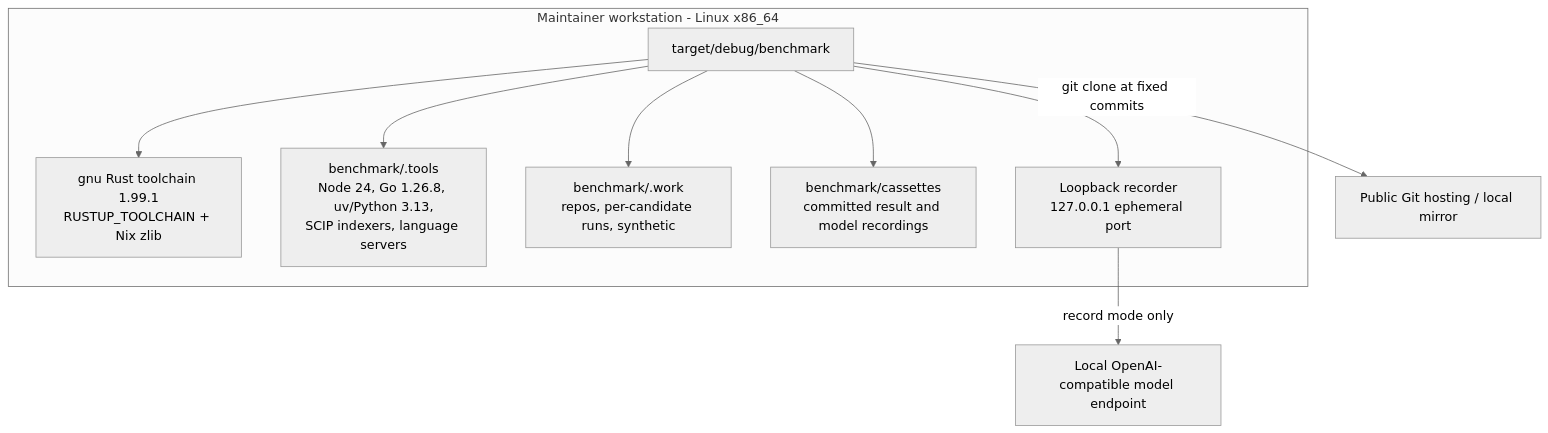
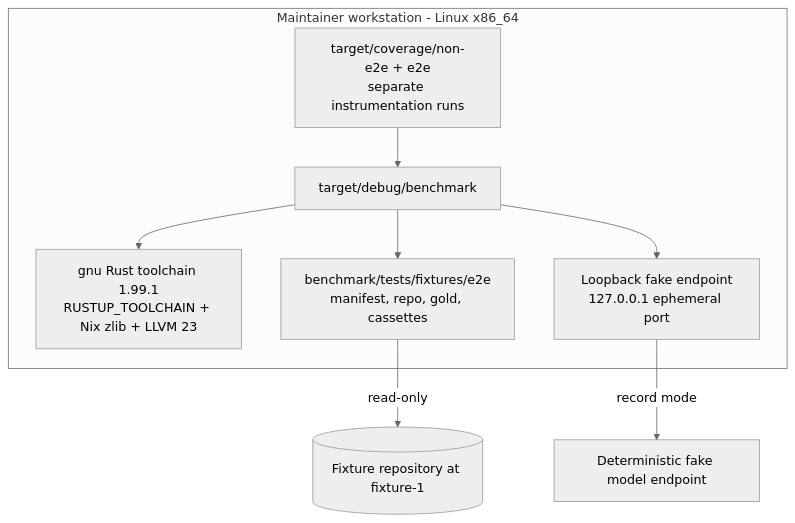
Before and after one commit to kressnerd/ortsinn: the diagram in docs/arc42/07-deployment-view.md, drawn with Mermaid (neutral theme). The commit also changed other lines of this file and 29 other files, not shown here.

First line of the commit message:
docs(benchmark): record the fixture split and hardened review

````diff
--- a/docs/arc42/07-deployment-view.md
+++ b/docs/arc42/07-deployment-view.md
@@ -8,18 +8,16 @@
 ```mermaid
 flowchart TB
     subgraph WS[Maintainer workstation - Linux x86_64]
-        TC[gnu Rust toolchain 1.99.1<br/>RUSTUP_TOOLCHAIN + Nix zlib]
-        PFX[benchmark/.tools<br/>Node 24, Go 1.26.8, uv/Python 3.13,<br/>SCIP indexers, language servers]
-        WORK[benchmark/.work<br/>repos, per-candidate runs, synthetic]
-        CASS[benchmark/cassettes<br/>committed result and model recordings]
-        REC[Loopback recorder<br/>127.0.0.1 ephemeral port]
+        TC[gnu Rust toolchain 1.99.1<br/>RUSTUP_TOOLCHAIN + Nix zlib + LLVM 23]
+        FX[benchmark/tests/fixtures/e2e<br/>manifest, repo, gold, cassettes]
         BIN[target/debug/benchmark]
+        COV[target/coverage/non-e2e + e2e<br/>separate instrumentation runs]
+        REC[Loopback fake endpoint<br/>127.0.0.1 ephemeral port]
         BIN --> TC
-        BIN --> PFX
-        BIN --> WORK
-        BIN --> CASS
+        BIN --> FX
         BIN --> REC
+        COV --> BIN
     end
-    REC -->|record mode only| MODEL[Local OpenAI-compatible model endpoint]
-    BIN -->|git clone at fixed commits| GH[Public Git hosting / local mirror]
+    REC -->|record mode| MODEL[Deterministic fake model endpoint]
+    FX -->|read-only| REPO[(Fixture repository at fixture-1)]
 ```
````
